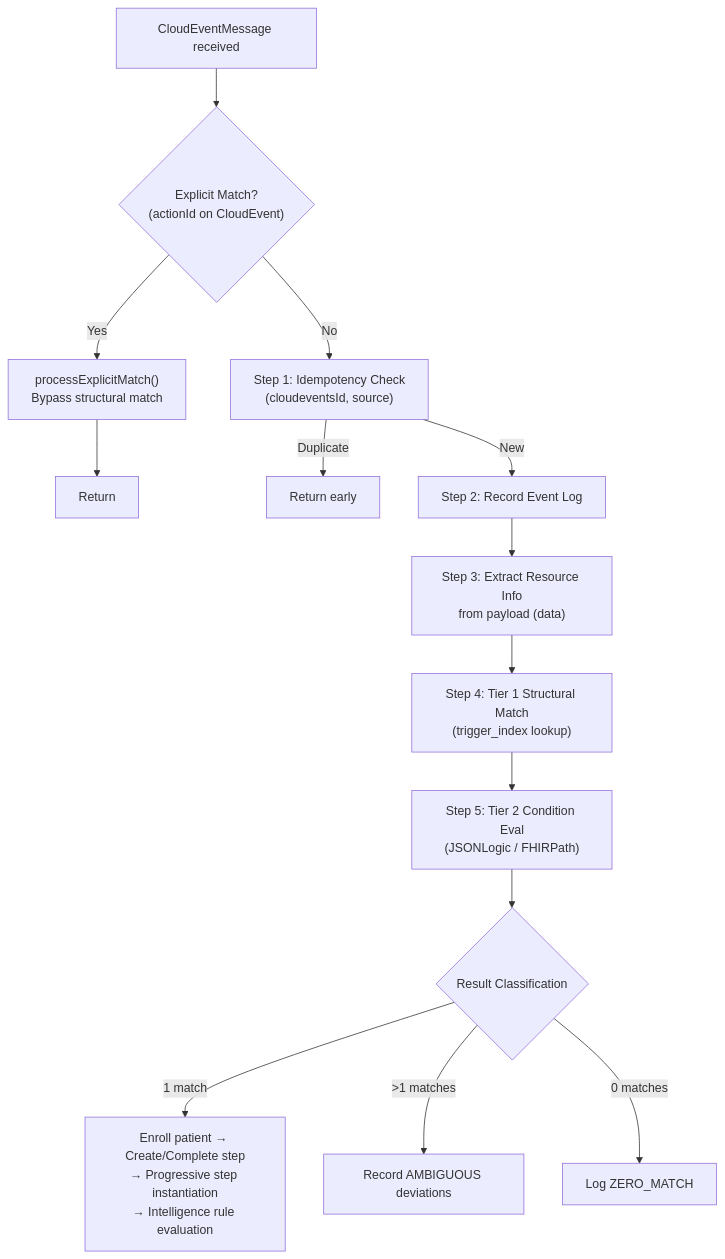
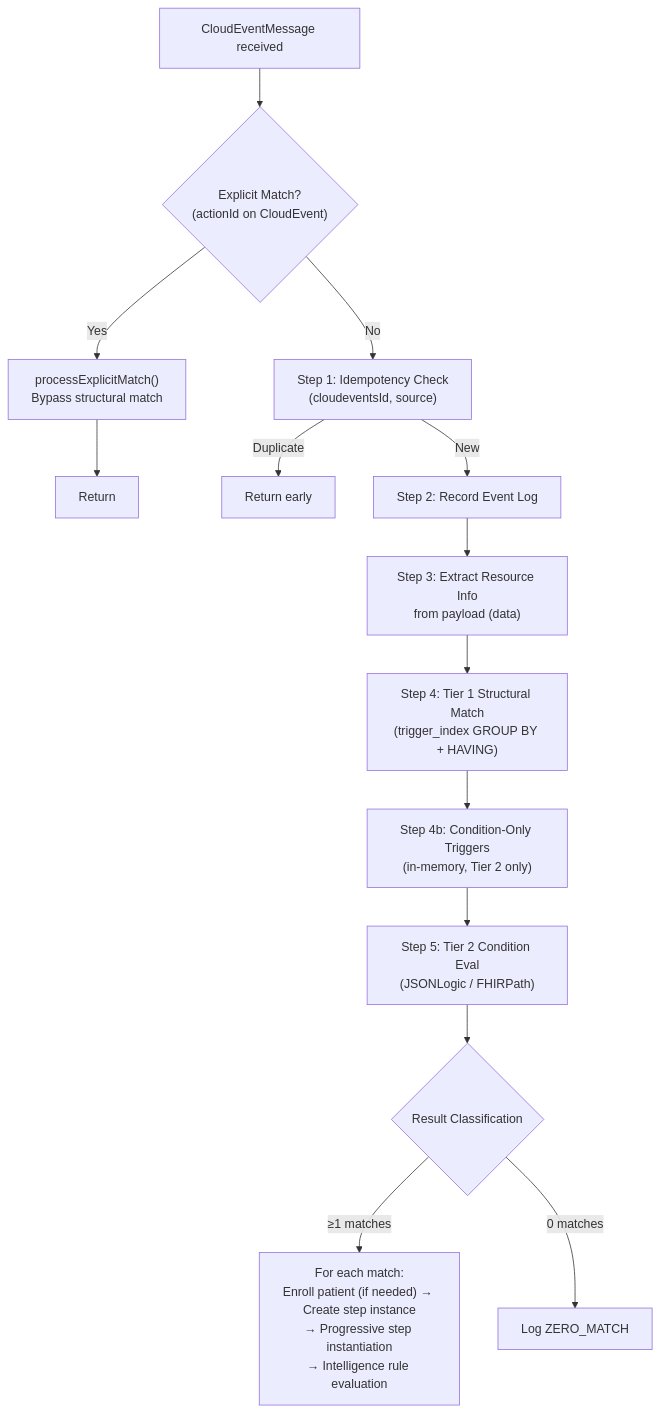
The second of 3 diagrams in docs/architecture-overview.md (Jayaprakash8887/cce-compliance-service), drawn with Mermaid before and after one commit. The commit also changed other lines of this file and 1 other file, not shown here.

````diff
--- a/docs/architecture-overview.md
+++ b/docs/architecture-overview.md
@@ -99,23 +99,24 @@
 ```mermaid
 flowchart TD
     START["CloudEventMessage received"] --> EXPL
 
     EXPL{"Explicit Match?<br/>(actionId on CloudEvent)"}
     EXPL -->|"Yes"| EXPLM["processExplicitMatch()<br/>Bypass structural match"]
     EXPL -->|"No"| S1
     EXPLM --> DONE["Return"]
 
     S1["Step 1: Idempotency Check<br/>(cloudeventsId, source)"]
     S1 -->|"Duplicate"| DUP["Return early"]
     S1 -->|"New"| S2
 
     S2["Step 2: Record Event Log"] --> S3
     S3["Step 3: Extract Resource Info<br/>from payload (data)"] --> S4
-    S4["Step 4: Tier 1 Structural Match<br/>(trigger_index lookup)"] --> S5
+    S4["Step 4: Tier 1 Structural Match<br/>(trigger_index GROUP BY + HAVING)"]
+    S4 --> S4b
+    S4b["Step 4b: Condition-Only Triggers<br/>(in-memory, Tier 2 only)"] --> S5
     S5["Step 5: Tier 2 Condition Eval<br/>(JSONLogic / FHIRPath)"] --> S6
 
     S6{"Result Classification"}
-    S6 -->|"1 match"| MATCH["Enroll patient → Create/Complete step<br/>→ Progressive step instantiation<br/>→ Intelligence rule evaluation"]
-    S6 -->|">1 matches"| AMBIG["Record AMBIGUOUS deviations"]
+    S6 -->|"≥1 matches"| MATCH["For each match:<br/>Enroll patient (if needed) → Create step instance<br/>→ Progressive step instantiation<br/>→ Intelligence rule evaluation"]
     S6 -->|"0 matches"| ZERO["Log ZERO_MATCH"]
 ```
````
